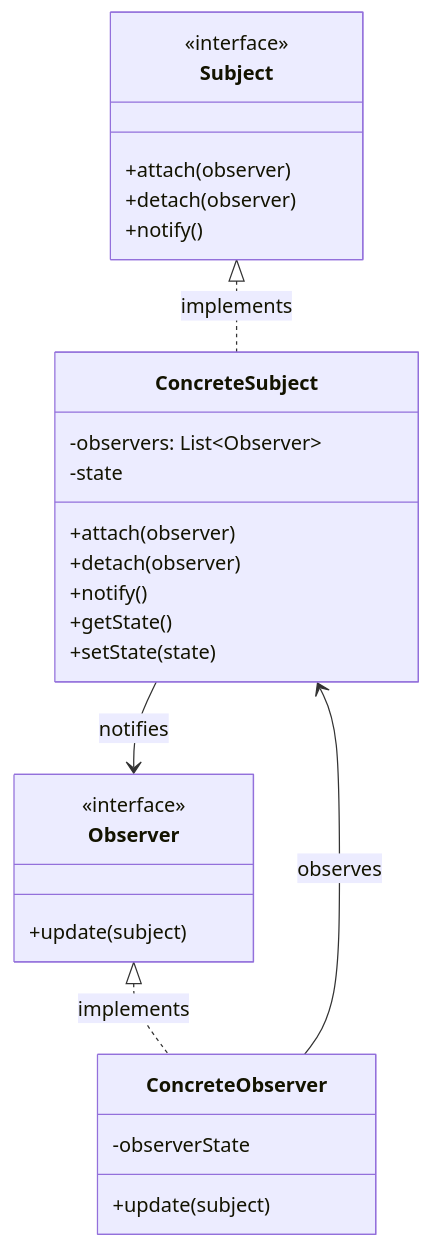
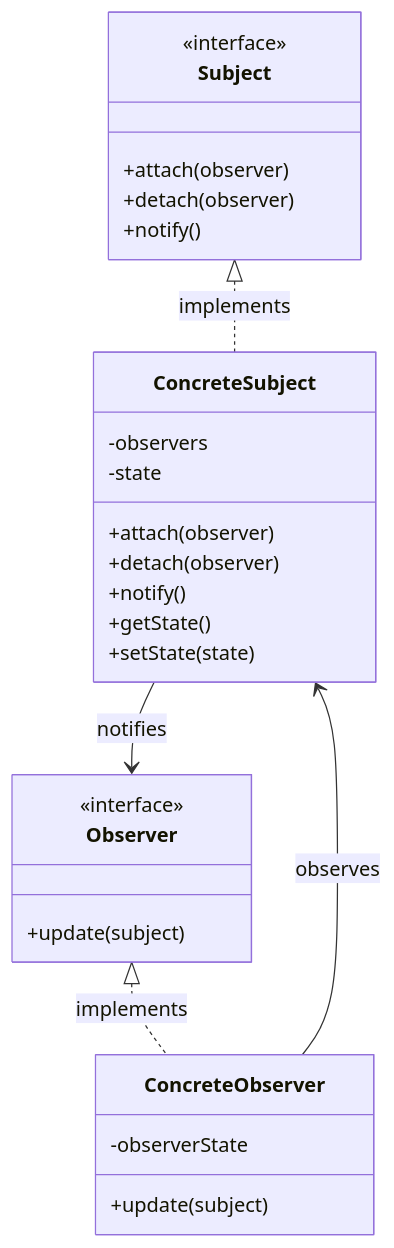
One commit to fanly/DesignPattern changed the first of 3 diagrams in resources/design-patterns/laravel/behavioral/observer_en.md. Above: the diagram before and after it, drawn with Mermaid. The commit also changed 17 other files, not shown here.

````diff
--- a/resources/design-patterns/laravel/behavioral/observer_en.md
+++ b/resources/design-patterns/laravel/behavioral/observer_en.md
@@ -11,34 +11,34 @@
 ```mermaid
 classDiagram
     class Subject {
         <<interface>>
         +attach(observer)
         +detach(observer)
         +notify()
     }
     
     class ConcreteSubject {
-        -observers: List~Observer~
+        -observers
         -state
         +attach(observer)
         +detach(observer)
         +notify()
         +getState()
         +setState(state)
     }
     
     class Observer {
         <<interface>>
         +update(subject)
     }
     
     class ConcreteObserver {
         -observerState
         +update(subject)
     }
     
     Subject <|.. ConcreteSubject : implements
     Observer <|.. ConcreteObserver : implements
     ConcreteSubject --> Observer : notifies
     ConcreteObserver --> ConcreteSubject : observes
 ```
````
